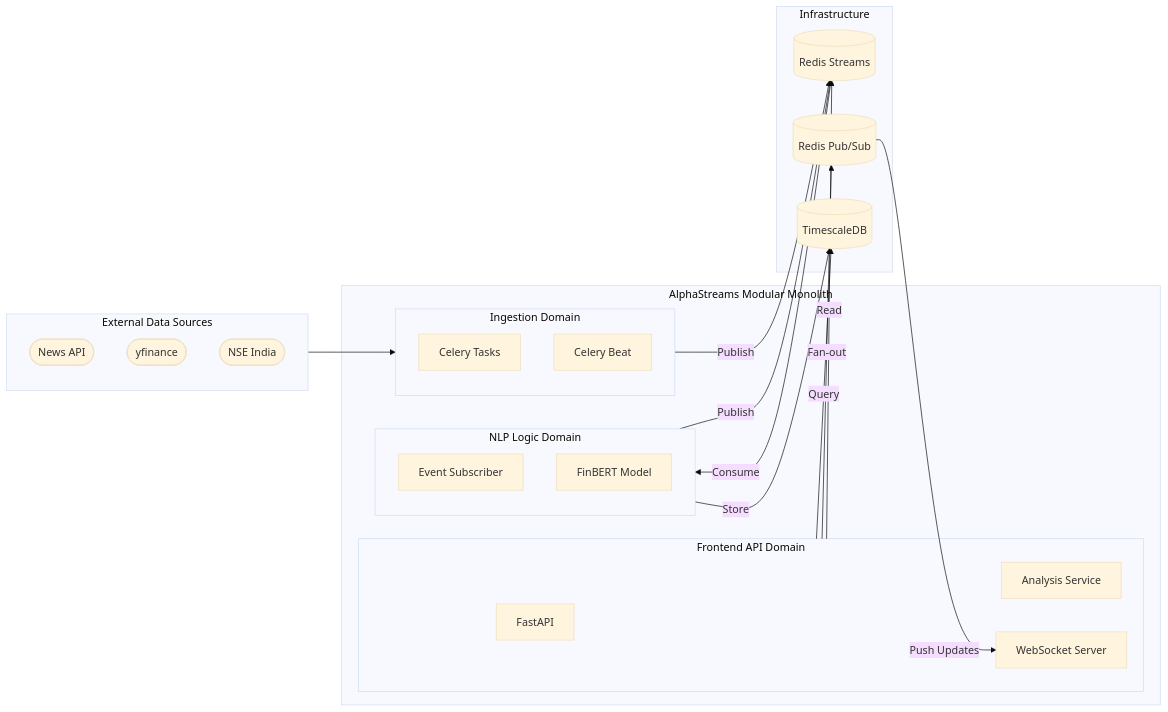
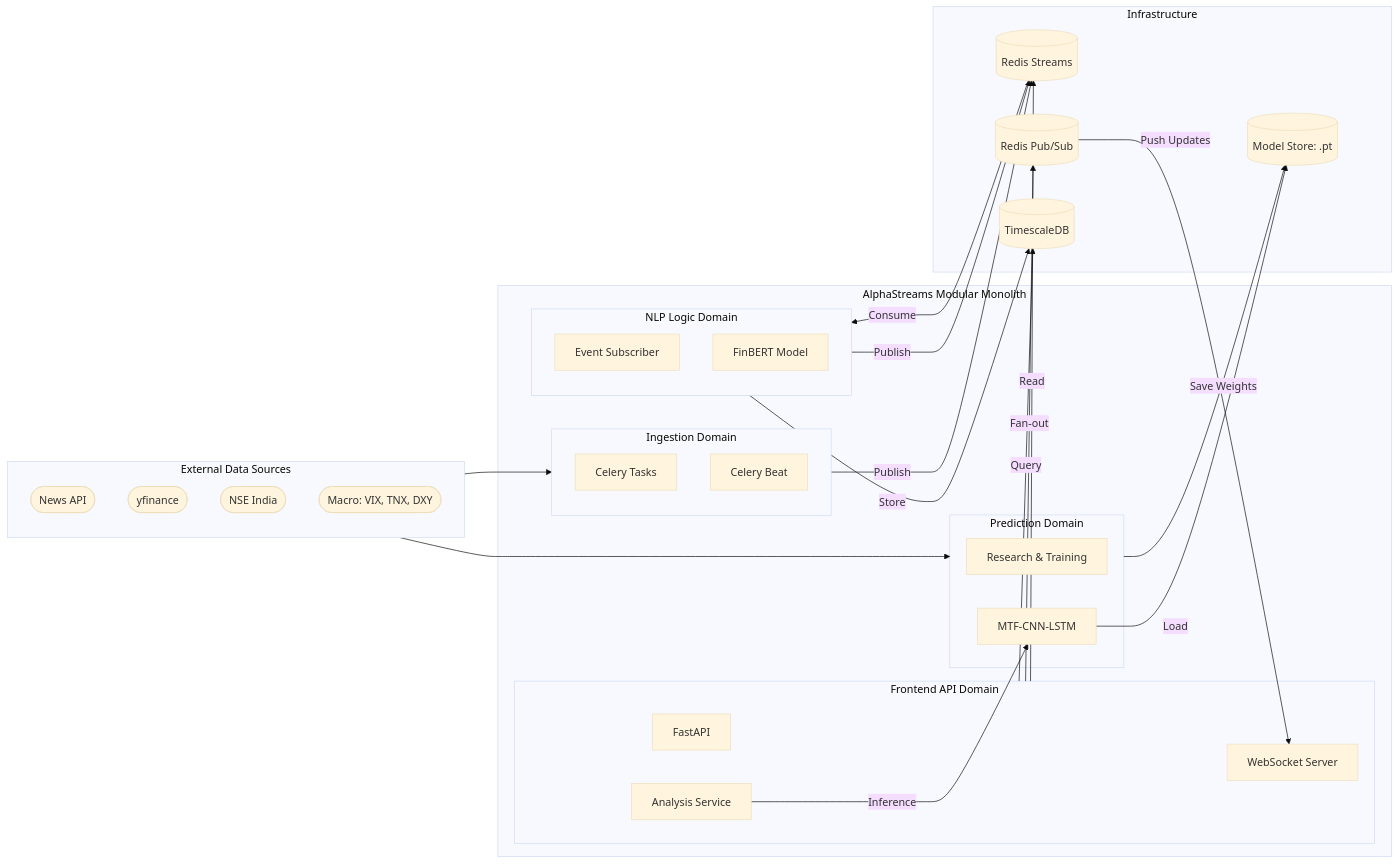
Before and after one commit to NirmayKadam/Shani: the first of 3 diagrams in README.md, drawn with Mermaid (base theme). The commit also changed other lines of this file and 21 other files, not shown here.

````diff
--- a/README.md
+++ b/README.md
@@ -46,47 +46,60 @@
 ```mermaid
 graph LR
     subgraph External_Sources [External Data Sources]
         NewsAPI([News API])
         YFinance([yfinance])
         NSE([NSE India])
+        Macro([Macro: VIX, TNX, DXY])
     end
 
     subgraph App_Domain [AlphaStreams Modular Monolith]
         subgraph Ingestion_Domain [Ingestion Domain]
             CeleryTasks[Celery Tasks]
             CeleryBeat[Celery Beat]
         end
 
         subgraph NLP_Logic [NLP Logic Domain]
             EventSubscriber[Event Subscriber]
             FinBERT[FinBERT Model]
         end
 
+        subgraph Prediction_Domain [Prediction Domain]
+            CNNPredictor[MTF-CNN-LSTM]
+            ResearchScripts[Research & Training]
+        end
+
         subgraph Frontend_Domain [Frontend API Domain]
             FastAPI[FastAPI]
             AnalysisService[Analysis Service]
             WSServer[WebSocket Server]
         end
     end
 
     subgraph Infrastructure
         RedisStreams[(Redis Streams)]
         RedisPubSub[(Redis Pub/Sub)]
         TimescaleDB[(TimescaleDB)]
+        ModelStore[(Model Store: .pt)]
     end
 
     %% Ingestion Flow
     External_Sources --> Ingestion_Domain
     Ingestion_Domain -- "Publish" --> RedisStreams
 
     %% NLP Flow
     RedisStreams -- "Consume" --> NLP_Logic
     NLP_Logic -- "Store" --> TimescaleDB
     NLP_Logic -- "Publish" --> RedisStreams
 
+    %% Prediction Flow
+    External_Sources --> Prediction_Domain
+    Prediction_Domain -- "Save Weights" --> ModelStore
+    AnalysisService -- "Inference" --> CNNPredictor
+    CNNPredictor -- "Load" --> ModelStore
+
     %% Frontend Flow
     Frontend_Domain -- "Read" --> RedisStreams
     Frontend_Domain -- "Query" --> TimescaleDB
     Frontend_Domain -- "Fan-out" --> RedisPubSub
     RedisPubSub -- "Push Updates" --> WSServer
 ```
````
